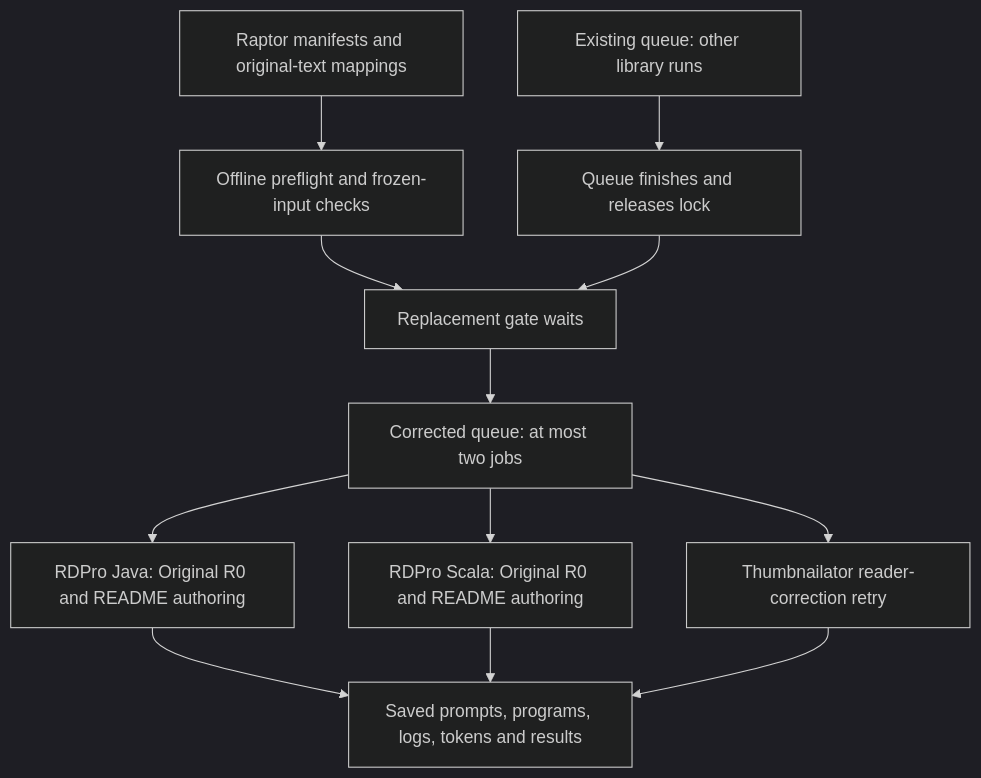
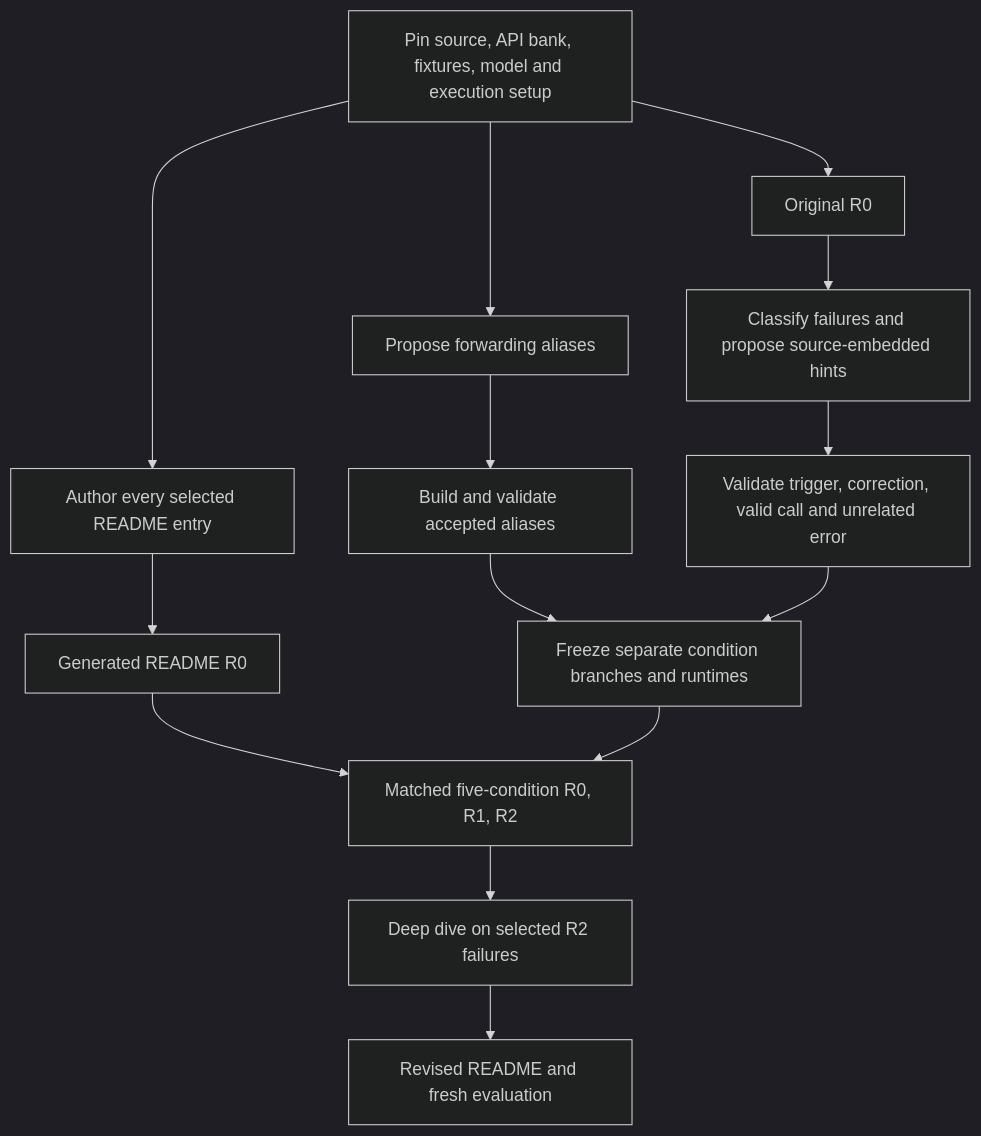
Before and after one commit to ZhuochengShang/AIDEAL: the diagram in experiments/2026-11-17-latest-stable-canonical/EXPERIMENT_GUIDE.md, drawn with Mermaid (dark theme). The commit also changed other lines of this file and 223 other files, not shown here.

````diff
--- a/experiments/2026-11-17-latest-stable-canonical/EXPERIMENT_GUIDE.md
+++ b/experiments/2026-11-17-latest-stable-canonical/EXPERIMENT_GUIDE.md
@@ -91,14 +35,16 @@
 ```mermaid
 flowchart TD
-    A[Existing queue: other library runs] --> B[Queue finishes and releases lock]
-    C[Raptor manifests and original-text mappings] --> D[Offline preflight and frozen-input checks]
-    D --> E[Replacement gate waits]
-    B --> E
-    E --> F[Corrected queue: at most two jobs]
-    F --> G[RDPro Java: Original R0 and README authoring]
-    F --> H[RDPro Scala: Original R0 and README authoring]
-    F --> I[Thumbnailator reader-correction retry]
-    G --> J[Saved prompts, programs, logs, tokens and results]
-    H --> J
-    I --> J
+  A[Pin source, API bank, fixtures, model and execution setup] --> B[Original R0]
+  A --> C[Author every selected README entry]
+  C --> D[Generated README R0]
+  A --> E[Propose forwarding aliases]
+  B --> F[Classify failures and propose source-embedded hints]
+  E --> G[Build and validate accepted aliases]
+  F --> H[Validate trigger, correction, valid call and unrelated error]
+  G --> I[Freeze separate condition branches and runtimes]
+  H --> I
+  D --> J[Matched five-condition R0, R1, R2]
+  I --> J
+  J --> K[Deep dive on selected R2 failures]
+  K --> L[Revised README and fresh evaluation]
 ```
````
